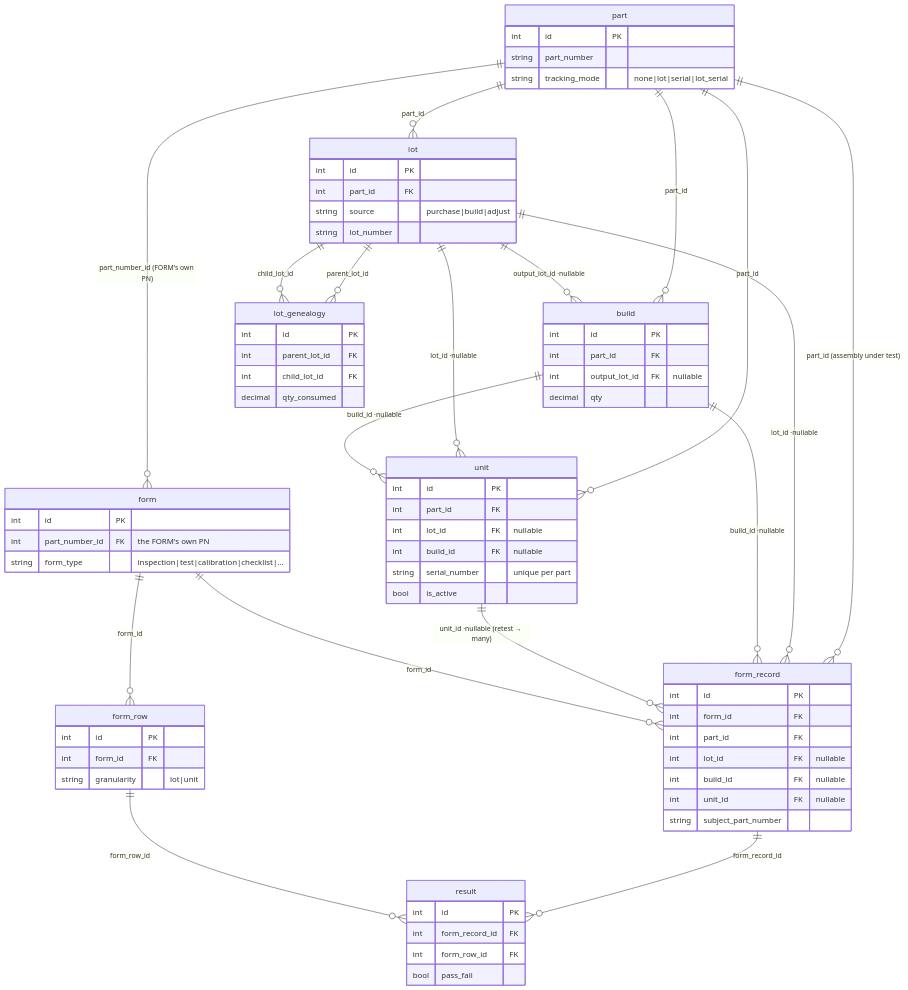
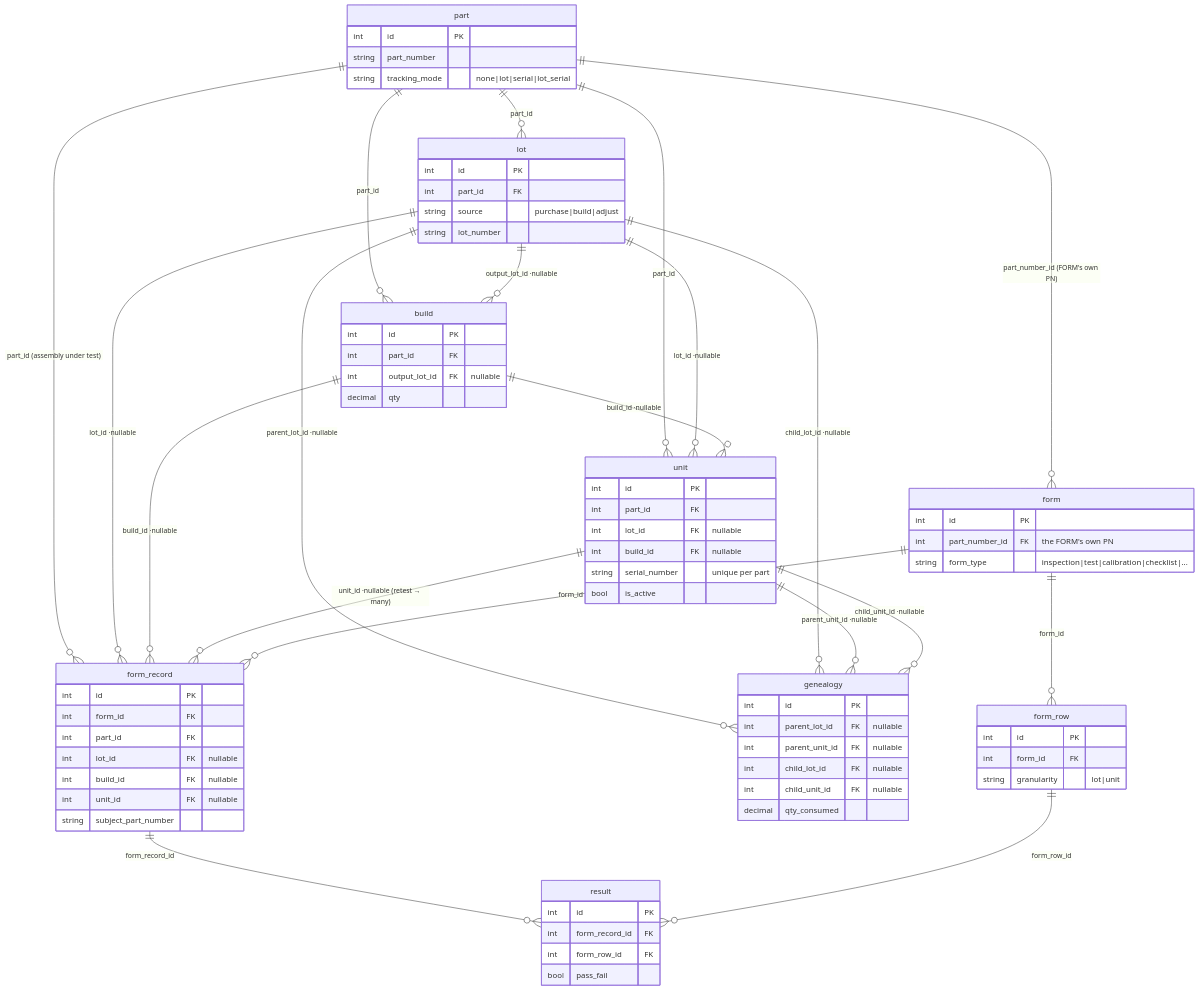
The second of 2 diagrams in docs/plans/traceability-data-model.md (Jolls/arx), drawn with Mermaid before and after one commit. The commit also changed other lines of this file, not shown here.

First line of the commit message:
docs: traceability data model draft3 — unified genealogy (Q11)

````diff
--- a/docs/plans/traceability-data-model.md
+++ b/docs/plans/traceability-data-model.md
@@ -134,77 +139,81 @@
 ```mermaid
 erDiagram
   part            ||--o{ lot             : "part_id"
   part            ||--o{ unit            : "part_id"
   part            ||--o{ build           : "part_id"
   part            ||--o{ form            : "part_number_id (FORM's own PN)"
   part            ||--o{ form_record     : "part_id (assembly under test)"
   lot             ||--o{ unit            : "lot_id ·nullable"
   lot             ||--o{ build           : "output_lot_id ·nullable"
   lot             ||--o{ form_record     : "lot_id ·nullable"
-  lot             ||--o{ lot_genealogy   : "parent_lot_id"
-  lot             ||--o{ lot_genealogy   : "child_lot_id"
+  lot             ||--o{ genealogy       : "parent_lot_id ·nullable"
+  lot             ||--o{ genealogy       : "child_lot_id ·nullable"
+  unit            ||--o{ genealogy       : "parent_unit_id ·nullable"
+  unit            ||--o{ genealogy       : "child_unit_id ·nullable"
   build           ||--o{ unit            : "build_id ·nullable"
   build           ||--o{ form_record     : "build_id ·nullable"
   unit            ||--o{ form_record     : "unit_id ·nullable (retest → many)"
   form            ||--o{ form_row : "form_id"
   form            ||--o{ form_record     : "form_id"
   form_record     ||--o{ result          : "form_record_id"
   form_row ||--o{ result          : "form_row_id"
 
   part {
     int id PK
     string part_number
     string tracking_mode "none|lot|serial|lot_serial"
   }
   lot {
     int id PK
     int part_id FK
     string source "purchase|build|adjust"
     string lot_number
   }
   unit {
     int id PK
     int part_id FK
     int lot_id FK "nullable"
     int build_id FK "nullable"
     string serial_number "unique per part"
     bool is_active
   }
   build {
     int id PK
     int part_id FK
     int output_lot_id FK "nullable"
     decimal qty
   }
-  lot_genealogy {
+  genealogy {
     int id PK
-    int parent_lot_id FK
-    int child_lot_id FK
+    int parent_lot_id FK "nullable"
+    int parent_unit_id FK "nullable"
+    int child_lot_id FK "nullable"
+    int child_unit_id FK "nullable"
     decimal qty_consumed
   }
   form {
     int id PK
     int part_number_id FK "the FORM's own PN"
     string form_type "inspection|test|calibration|checklist|..."
   }
   form_row {
     int id PK
     int form_id FK
     string granularity "lot|unit"
   }
   form_record {
     int id PK
     int form_id FK
     int part_id FK
     int lot_id FK "nullable"
     int build_id FK "nullable"
     int unit_id FK "nullable"
     string subject_part_number
   }
   result {
     int id PK
     int form_record_id FK
     int form_row_id FK
     bool pass_fail
   }
 ```
````
